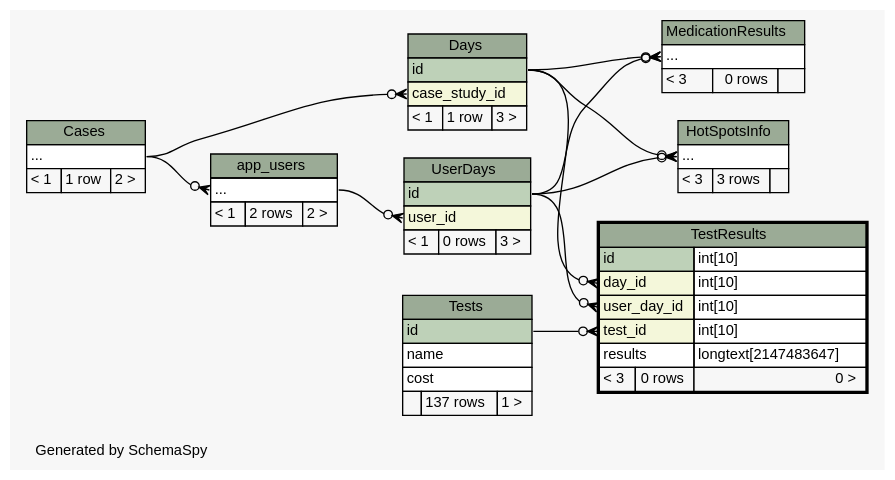
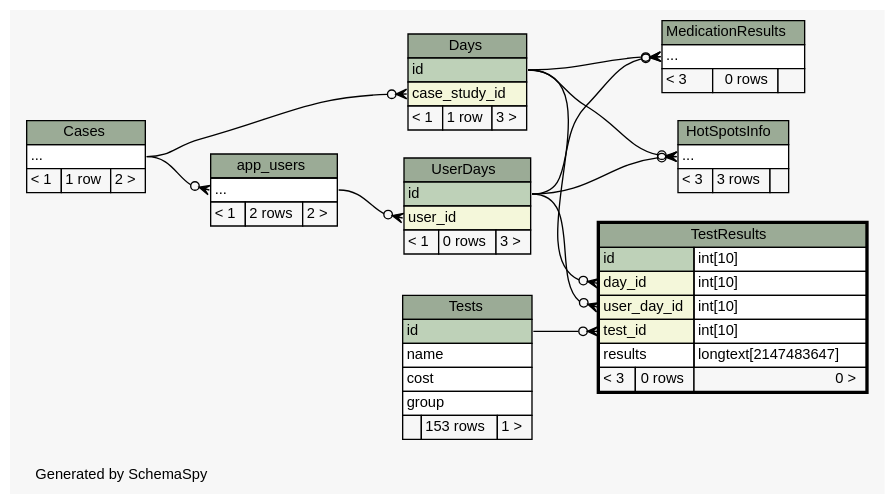
The diagram in web/files/schema/diagrams/TestResults.2degrees.dot (carrel2/CaseStudies), drawn with Graphviz before and after one commit. The commit also changed 190 other files, not shown here.

```diff
--- a/web/files/schema/diagrams/TestResults.2degrees.dot
+++ b/web/files/schema/diagrams/TestResults.2degrees.dot
@@ -1,120 +1,121 @@
 // dot 2.38.0 on Linux 4.4.0-72-generic
 // SchemaSpy rev 590
 digraph "twoDegreesRelationshipsDiagram" {
   graph [
     rankdir="RL"
     bgcolor="#f7f7f7"
     label="\nGenerated by SchemaSpy"
     labeljust="l"
     nodesep="0.18"
     ranksep="0.46"
     fontname="Helvetica"
     fontsize="11"
   ];
   node [
     fontname="Helvetica"
     fontsize="11"
     shape="plaintext"
   ];
   edge [
     arrowsize="0.8"
   ];
   "app_users":"elipses":w -> "Cases":"elipses":e [arrowhead=none dir=back arrowtail=crowodot];
   "Days":"case_study_id":w -> "Cases":"elipses":e [arrowhead=none dir=back arrowtail=crowodot];
   "HotSpotsInfo":"elipses":w -> "Days":"id":e [arrowhead=none dir=back arrowtail=crowodot];
   "HotSpotsInfo":"elipses":w -> "UserDays":"id":e [arrowhead=none dir=back arrowtail=crowodot];
   "MedicationResults":"elipses":w -> "Days":"id":e [arrowhead=none dir=back arrowtail=crowodot];
   "MedicationResults":"elipses":w -> "UserDays":"id":e [arrowhead=none dir=back arrowtail=crowodot];
   "TestResults":"day_id":w -> "Days":"id":e [arrowhead=none dir=back arrowtail=crowodot];
   "TestResults":"test_id":w -> "Tests":"id":e [arrowhead=none dir=back arrowtail=crowodot];
   "TestResults":"user_day_id":w -> "UserDays":"id":e [arrowhead=none dir=back arrowtail=crowodot];
   "UserDays":"user_id":w -> "app_users":"elipses":e [arrowhead=none dir=back arrowtail=crowodot];
   "app_users" [
     label=<
     <TABLE BORDER="0" CELLBORDER="1" CELLSPACING="0" BGCOLOR="#ffffff">
       <TR><TD COLSPAN="3" BGCOLOR="#9bab96" ALIGN="CENTER">app_users</TD></TR>
       <TR><TD PORT="elipses" COLSPAN="3" ALIGN="LEFT">...</TD></TR>
       <TR><TD ALIGN="LEFT" BGCOLOR="#f7f7f7">&lt; 1</TD><TD ALIGN="RIGHT" BGCOLOR="#f7f7f7">2 rows</TD><TD ALIGN="RIGHT" BGCOLOR="#f7f7f7">2 &gt;</TD></TR>
     </TABLE>>
     URL="app_users.html"
     tooltip="app_users"
   ];
   "Cases" [
     label=<
     <TABLE BORDER="0" CELLBORDER="1" CELLSPACING="0" BGCOLOR="#ffffff">
       <TR><TD COLSPAN="3" BGCOLOR="#9bab96" ALIGN="CENTER">Cases</TD></TR>
       <TR><TD PORT="elipses" COLSPAN="3" ALIGN="LEFT">...</TD></TR>
       <TR><TD ALIGN="LEFT" BGCOLOR="#f7f7f7">&lt; 1</TD><TD ALIGN="RIGHT" BGCOLOR="#f7f7f7">1 row</TD><TD ALIGN="RIGHT" BGCOLOR="#f7f7f7">2 &gt;</TD></TR>
     </TABLE>>
     URL="Cases.html"
     tooltip="Cases"
   ];
   "Days" [
     label=<
     <TABLE BORDER="0" CELLBORDER="1" CELLSPACING="0" BGCOLOR="#ffffff">
       <TR><TD COLSPAN="3" BGCOLOR="#9bab96" ALIGN="CENTER">Days</TD></TR>
       <TR><TD PORT="id" COLSPAN="3" BGCOLOR="#bed1b8" ALIGN="LEFT">id</TD></TR>
       <TR><TD PORT="case_study_id" COLSPAN="3" BGCOLOR="#f4f7da" ALIGN="LEFT">case_study_id</TD></TR>
       <TR><TD ALIGN="LEFT" BGCOLOR="#f7f7f7">&lt; 1</TD><TD ALIGN="RIGHT" BGCOLOR="#f7f7f7">1 row</TD><TD ALIGN="RIGHT" BGCOLOR="#f7f7f7">3 &gt;</TD></TR>
     </TABLE>>
     URL="Days.html"
     tooltip="Days"
   ];
   "HotSpotsInfo" [
     label=<
     <TABLE BORDER="0" CELLBORDER="1" CELLSPACING="0" BGCOLOR="#ffffff">
       <TR><TD COLSPAN="3" BGCOLOR="#9bab96" ALIGN="CENTER">HotSpotsInfo</TD></TR>
       <TR><TD PORT="elipses" COLSPAN="3" ALIGN="LEFT">...</TD></TR>
       <TR><TD ALIGN="LEFT" BGCOLOR="#f7f7f7">&lt; 3</TD><TD ALIGN="RIGHT" BGCOLOR="#f7f7f7">3 rows</TD><TD ALIGN="RIGHT" BGCOLOR="#f7f7f7">  </TD></TR>
     </TABLE>>
     URL="HotSpotsInfo.html"
     tooltip="HotSpotsInfo"
   ];
   "MedicationResults" [
     label=<
     <TABLE BORDER="0" CELLBORDER="1" CELLSPACING="0" BGCOLOR="#ffffff">
       <TR><TD COLSPAN="3" BGCOLOR="#9bab96" ALIGN="CENTER">MedicationResults</TD></TR>
       <TR><TD PORT="elipses" COLSPAN="3" ALIGN="LEFT">...</TD></TR>
       <TR><TD ALIGN="LEFT" BGCOLOR="#f7f7f7">&lt; 3</TD><TD ALIGN="RIGHT" BGCOLOR="#f7f7f7">0 rows</TD><TD ALIGN="RIGHT" BGCOLOR="#f7f7f7">  </TD></TR>
     </TABLE>>
     URL="MedicationResults.html"
     tooltip="MedicationResults"
   ];
   "TestResults" [
     label=<
     <TABLE BORDER="2" CELLBORDER="1" CELLSPACING="0" BGCOLOR="#ffffff">
       <TR><TD COLSPAN="3" BGCOLOR="#9bab96" ALIGN="CENTER">TestResults</TD></TR>
       <TR><TD PORT="id" COLSPAN="2" BGCOLOR="#bed1b8" ALIGN="LEFT">id</TD><TD PORT="id.type" ALIGN="LEFT">int[10]</TD></TR>
       <TR><TD PORT="day_id" COLSPAN="2" BGCOLOR="#f4f7da" ALIGN="LEFT">day_id</TD><TD PORT="day_id.type" ALIGN="LEFT">int[10]</TD></TR>
       <TR><TD PORT="user_day_id" COLSPAN="2" BGCOLOR="#f4f7da" ALIGN="LEFT">user_day_id</TD><TD PORT="user_day_id.type" ALIGN="LEFT">int[10]</TD></TR>
       <TR><TD PORT="test_id" COLSPAN="2" BGCOLOR="#f4f7da" ALIGN="LEFT">test_id</TD><TD PORT="test_id.type" ALIGN="LEFT">int[10]</TD></TR>
       <TR><TD PORT="results" COLSPAN="2" ALIGN="LEFT">results</TD><TD PORT="results.type" ALIGN="LEFT">longtext[2147483647]</TD></TR>
       <TR><TD ALIGN="LEFT" BGCOLOR="#f7f7f7">&lt; 3</TD><TD ALIGN="RIGHT" BGCOLOR="#f7f7f7">0 rows</TD><TD ALIGN="RIGHT" BGCOLOR="#f7f7f7">0 &gt;</TD></TR>
     </TABLE>>
     URL="TestResults.html"
     tooltip="TestResults"
   ];
   "Tests" [
     label=<
     <TABLE BORDER="0" CELLBORDER="1" CELLSPACING="0" BGCOLOR="#ffffff">
       <TR><TD COLSPAN="3" BGCOLOR="#9bab96" ALIGN="CENTER">Tests</TD></TR>
       <TR><TD PORT="id" COLSPAN="3" BGCOLOR="#bed1b8" ALIGN="LEFT">id</TD></TR>
       <TR><TD PORT="name" COLSPAN="3" ALIGN="LEFT">name</TD></TR>
       <TR><TD PORT="cost" COLSPAN="3" ALIGN="LEFT">cost</TD></TR>
-      <TR><TD ALIGN="LEFT" BGCOLOR="#f7f7f7">  </TD><TD ALIGN="RIGHT" BGCOLOR="#f7f7f7">137 rows</TD><TD ALIGN="RIGHT" BGCOLOR="#f7f7f7">1 &gt;</TD></TR>
+      <TR><TD PORT="group" COLSPAN="3" ALIGN="LEFT">group</TD></TR>
+      <TR><TD ALIGN="LEFT" BGCOLOR="#f7f7f7">  </TD><TD ALIGN="RIGHT" BGCOLOR="#f7f7f7">153 rows</TD><TD ALIGN="RIGHT" BGCOLOR="#f7f7f7">1 &gt;</TD></TR>
     </TABLE>>
     URL="Tests.html"
     tooltip="Tests"
   ];
   "UserDays" [
     label=<
     <TABLE BORDER="0" CELLBORDER="1" CELLSPACING="0" BGCOLOR="#ffffff">
       <TR><TD COLSPAN="3" BGCOLOR="#9bab96" ALIGN="CENTER">UserDays</TD></TR>
       <TR><TD PORT="id" COLSPAN="3" BGCOLOR="#bed1b8" ALIGN="LEFT">id</TD></TR>
       <TR><TD PORT="user_id" COLSPAN="3" BGCOLOR="#f4f7da" ALIGN="LEFT">user_id</TD></TR>
       <TR><TD ALIGN="LEFT" BGCOLOR="#f7f7f7">&lt; 1</TD><TD ALIGN="RIGHT" BGCOLOR="#f7f7f7">0 rows</TD><TD ALIGN="RIGHT" BGCOLOR="#f7f7f7">3 &gt;</TD></TR>
     </TABLE>>
     URL="UserDays.html"
     tooltip="UserDays"
   ];
 }
```
